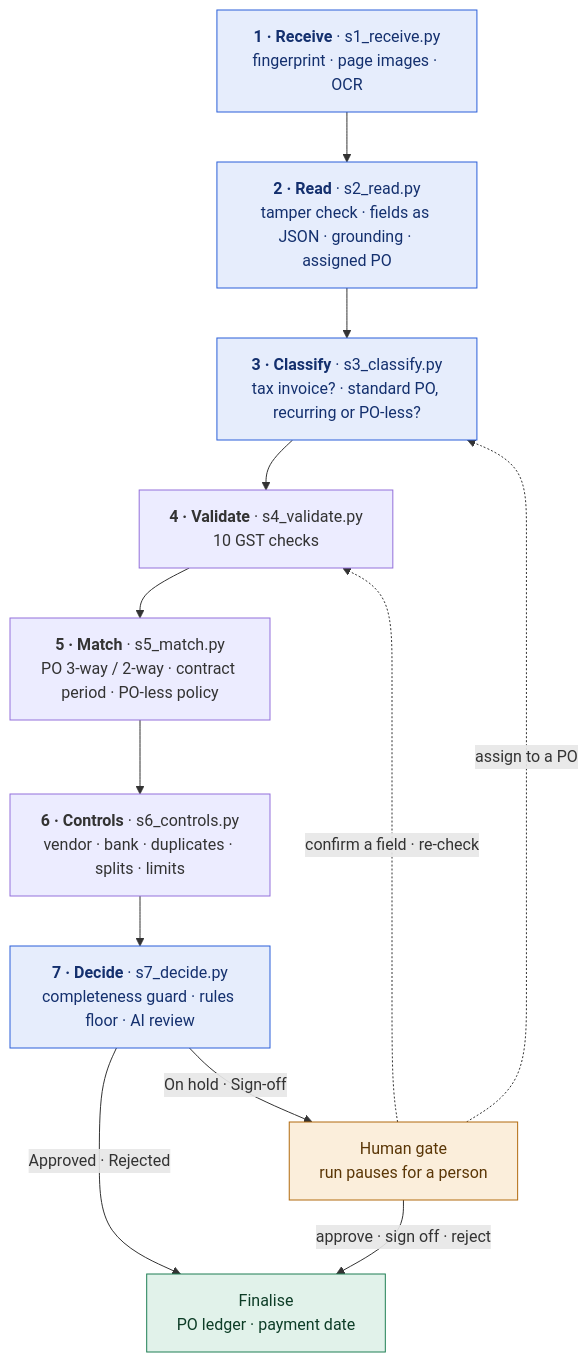
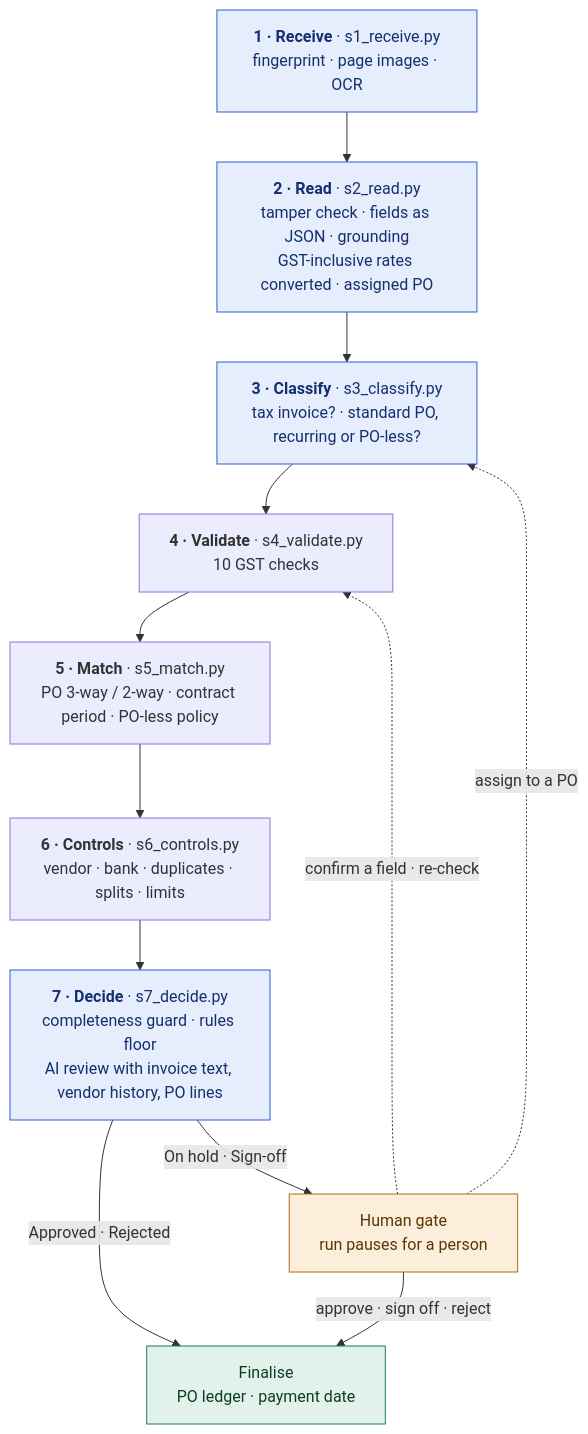
Before and after one commit to sh-yamm/Invoice-Automation-Agent: the diagram in docs/diagrams/03-pipeline.mmd, drawn with Mermaid. The commit also changed 12 other files, not shown here.

Commit message:
docs: diagrams and README brought up to date (edge cases page, reviewer context, GST-inclusive conversion, new files); fresh screenshots; softer box fills, borders kept

```diff
--- a/docs/diagrams/03-pipeline.mmd
+++ b/docs/diagrams/03-pipeline.mmd
@@ -1,19 +1,19 @@
 flowchart TB
   S1["<b>1 · Receive</b> · s1_receive.py<br/>fingerprint · page images · OCR"]:::ai
-  S2["<b>2 · Read</b> · s2_read.py<br/>tamper check · fields as JSON · grounding · assigned PO"]:::ai
+  S2["<b>2 · Read</b> · s2_read.py<br/>tamper check · fields as JSON · grounding<br/>GST-inclusive rates converted · assigned PO"]:::ai
   S3["<b>3 · Classify</b> · s3_classify.py<br/>tax invoice? · standard PO, recurring or PO-less?"]:::ai
   S4["<b>4 · Validate</b> · s4_validate.py<br/>10 GST checks"]
   S5["<b>5 · Match</b> · s5_match.py<br/>PO 3-way / 2-way · contract period · PO-less policy"]
   S6["<b>6 · Controls</b> · s6_controls.py<br/>vendor · bank · duplicates · splits · limits"]
-  S7["<b>7 · Decide</b> · s7_decide.py<br/>completeness guard · rules floor · AI review"]:::ai
+  S7["<b>7 · Decide</b> · s7_decide.py<br/>completeness guard · rules floor<br/>AI review with invoice text, vendor history, PO lines"]:::ai
   FIN["Finalise<br/>PO ledger · payment date"]:::ok
   GATE["Human gate<br/>run pauses for a person"]:::hold
   S1 --> S2 --> S3 --> S4 --> S5 --> S6 --> S7
   S7 -->|"Approved · Rejected"| FIN
   S7 -->|"On hold · Sign-off"| GATE
   GATE -->|"approve · sign off · reject"| FIN
   GATE -.->|"confirm a field · re-check"| S4
   GATE -.->|"assign to a PO"| S3
   classDef ai fill:#E6EDFC,stroke:#2B5FD9,color:#14306E
   classDef hold fill:#FBEEDB,stroke:#B26A0E,color:#5A3606
   classDef ok fill:#E1F2EA,stroke:#1F7F55,color:#0D3D27
```
